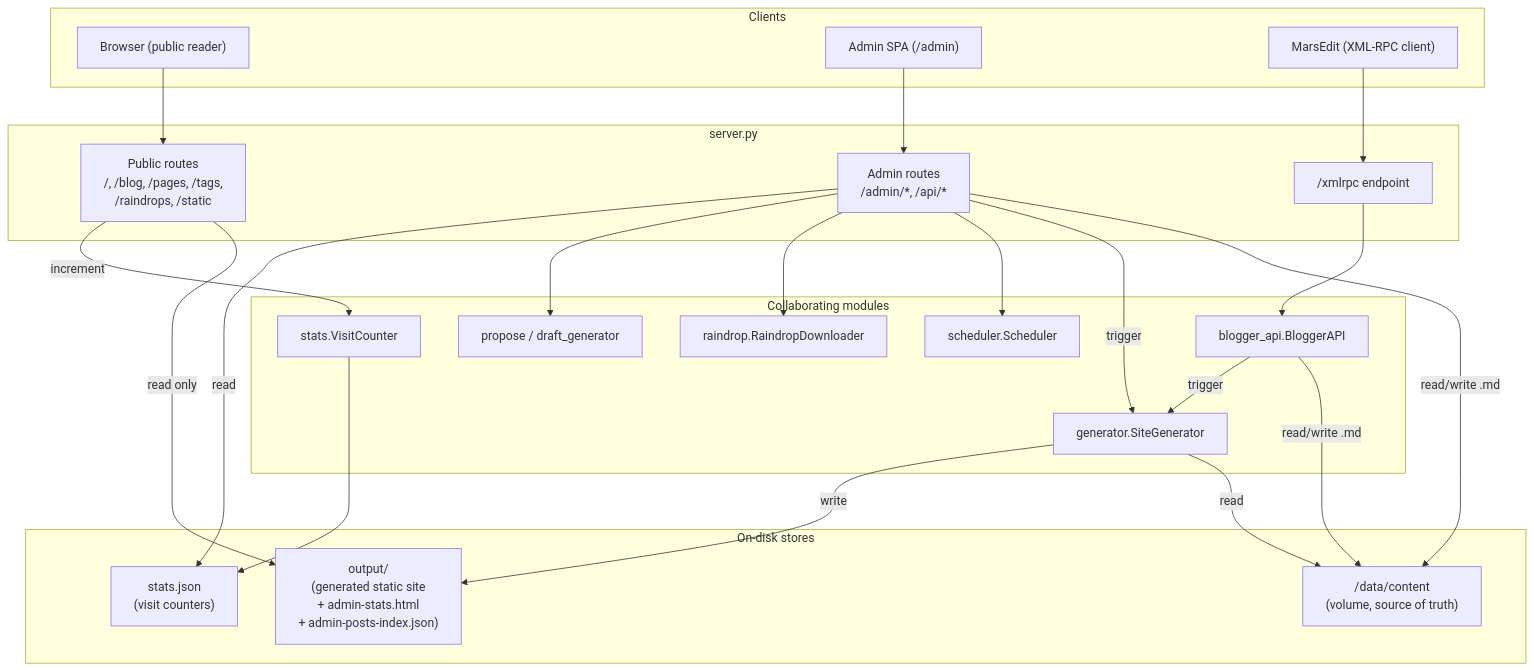
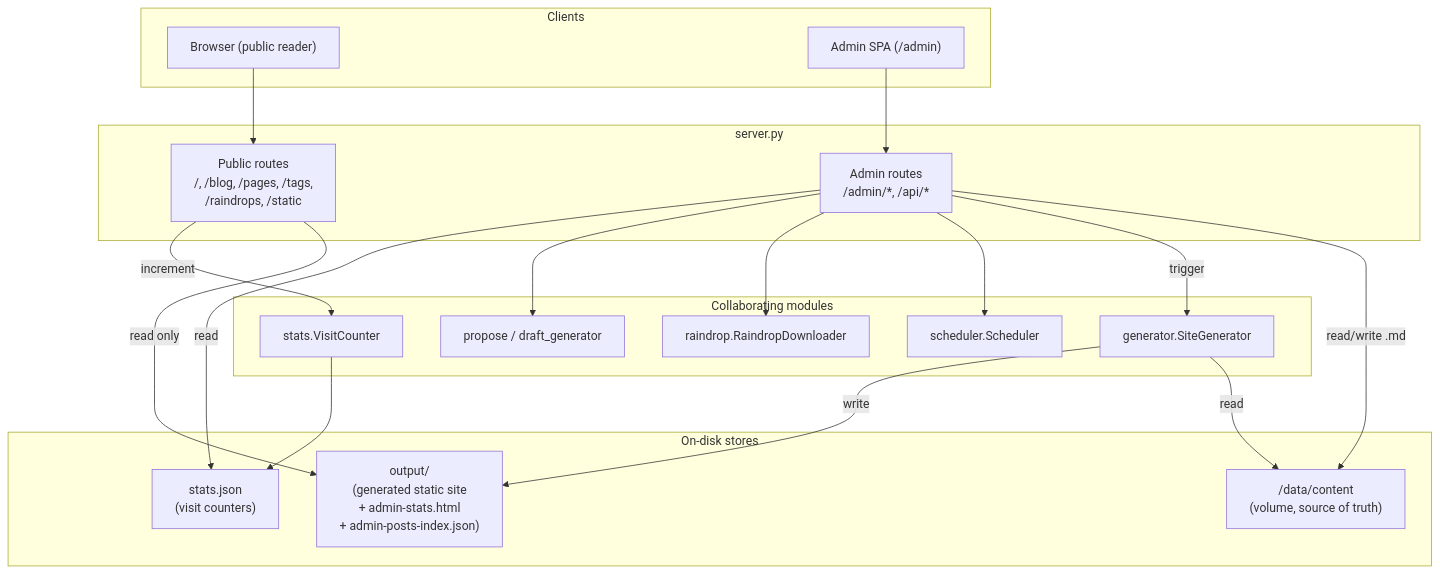
Before and after one commit to pitosalas/salasblog2: the diagram in 01-literate/10-server.md, drawn with Mermaid. The commit also changed other lines of this file and 18 other files, not shown here.

````diff
--- a/01-literate/10-server.md
+++ b/01-literate/10-server.md
@@ -43,48 +46,40 @@
 ```mermaid
 flowchart TB
     subgraph clients["Clients"]
         Browser["Browser (public reader)"]
         AdminUI["Admin SPA (/admin)"]
-        MarsEdit["MarsEdit (XML-RPC client)"]
     end
 
     subgraph server["server.py"]
         PublicRoutes["Public routes\n/, /blog, /pages, /tags,\n/raindrops, /static"]
         AdminRoutes["Admin routes\n/admin/*, /api/*"]
-        XmlRpc["/xmlrpc endpoint"]
     end
 
     subgraph stores["On-disk stores"]
         Output["output/\n(generated static site\n+ admin-stats.html\n+ admin-posts-index.json)"]
         Content["/data/content\n(volume, source of truth)"]
         Stats["stats.json\n(visit counters)"]
     end
 
     subgraph modules["Collaborating modules"]
         Generator["generator.SiteGenerator"]
-        BloggerAPI["blogger_api.BloggerAPI"]
         Scheduler["scheduler.Scheduler"]
         Raindrop["raindrop.RaindropDownloader"]
         StatsMod["stats.VisitCounter"]
         Propose["propose / draft_generator"]
     end
 
     Browser --> PublicRoutes
     PublicRoutes -- "read only" --> Output
     PublicRoutes -- "increment" --> StatsMod --> Stats
 
     AdminUI --> AdminRoutes
     AdminRoutes -- "read/write .md" --> Content
     AdminRoutes -- "trigger" --> Generator
     Generator -- "read" --> Content
     Generator -- "write" --> Output
     AdminRoutes --> Scheduler
     AdminRoutes --> Raindrop
     AdminRoutes --> Propose
     AdminRoutes -- "read" --> Stats
-
-    MarsEdit --> XmlRpc
-    XmlRpc --> BloggerAPI
-    BloggerAPI -- "read/write .md" --> Content
-    BloggerAPI -- "trigger" --> Generator
 ```
````
